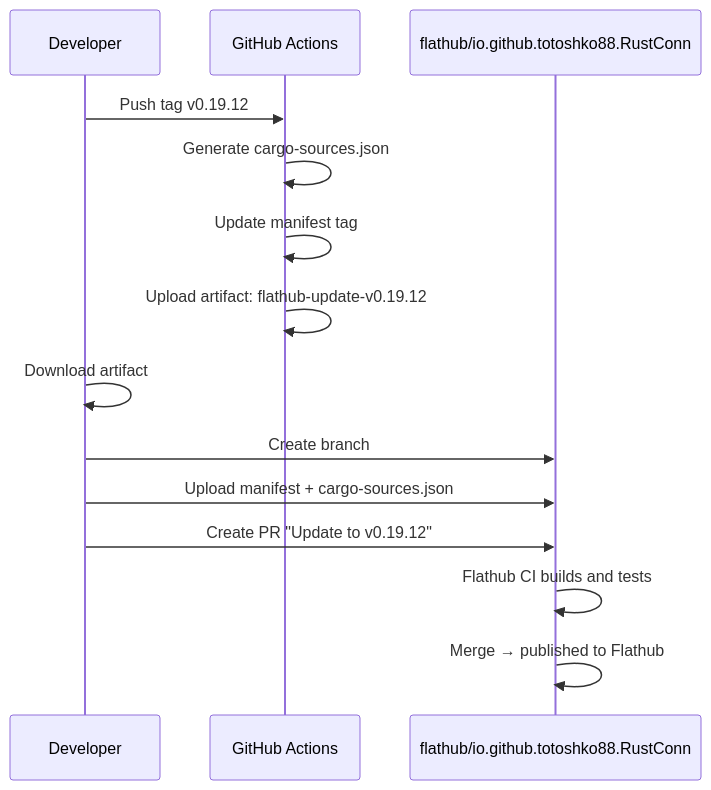
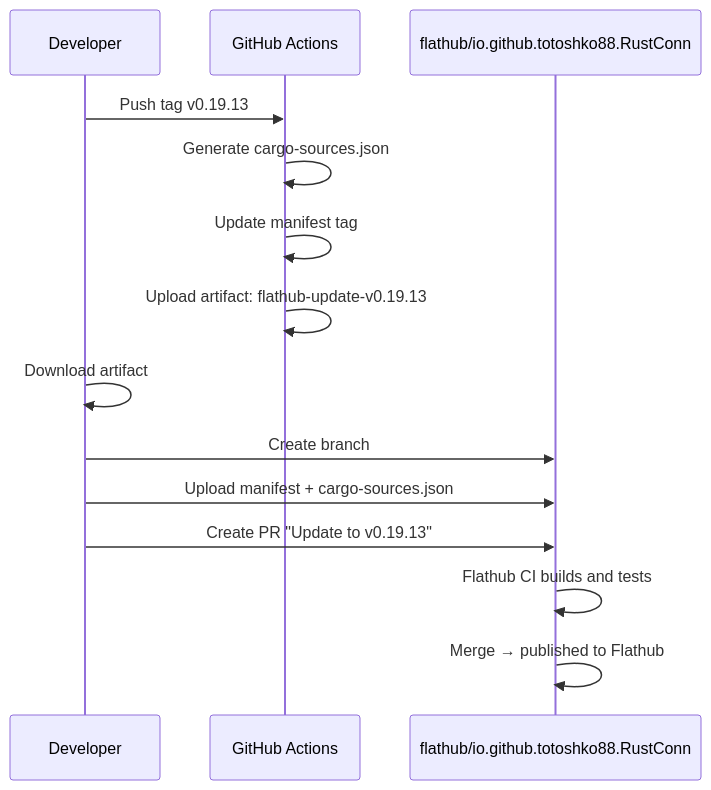
Before and after one commit to philclifford/RustConn: the sixth of 6 diagrams in docs/CI_BUILD_FLOW.md, drawn with Mermaid. The commit also changed other lines of this file and 45 other files, not shown here.

````diff
--- a/docs/CI_BUILD_FLOW.md
+++ b/docs/CI_BUILD_FLOW.md
@@ -255,18 +255,18 @@
 ```mermaid
 sequenceDiagram
     participant Dev as Developer
     participant GH as GitHub Actions
     participant FH as flathub/io.github.totoshko88.RustConn
 
-    Dev->>GH: Push tag v0.19.12
+    Dev->>GH: Push tag v0.19.13
     GH->>GH: Generate cargo-sources.json
     GH->>GH: Update manifest tag
-    GH->>GH: Upload artifact: flathub-update-v0.19.12
+    GH->>GH: Upload artifact: flathub-update-v0.19.13
 
     Dev->>Dev: Download artifact
     Dev->>FH: Create branch
     Dev->>FH: Upload manifest + cargo-sources.json
-    Dev->>FH: Create PR "Update to v0.19.12"
+    Dev->>FH: Create PR "Update to v0.19.13"
     FH->>FH: Flathub CI builds and tests
     FH->>FH: Merge → published to Flathub
 ```
````
